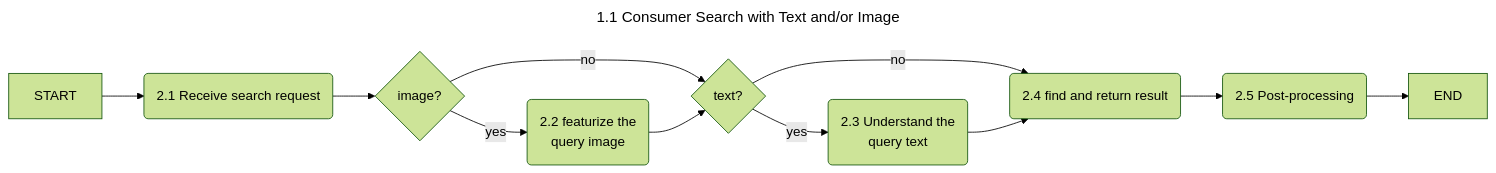
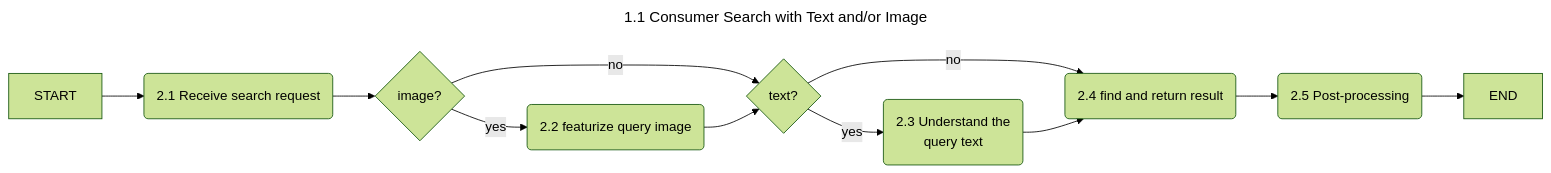
Before and after one commit to zchangvs/diagram: the diagram in 1_1_Multi-Search_text_and_image.md, drawn with Mermaid (forest theme).

````diff
--- a/1_1_Multi-Search_text_and_image.md
+++ b/1_1_Multi-Search_text_and_image.md
@@ -1,21 +1,21 @@
 ```mermaid
 ---
 title: 1.1 Consumer Search with Text and/or Image
 ---
 flowchart LR
     ST[START]--> RSR(2.1 Receive search request)
     RSR --> IQ{image?}
-    IQ--> |yes| FI(2.2 featurize the<br>query image)
+    IQ--> |yes| FI(2.2 featurize query image)
     IQ --> |no| TQ{text?}
     FI --> TQ 
     TQ --> |yes| D1(2.3 Understand the<br>query text)
     TQ --> |no| E1(2.4 find and return result)
     D1 --> E1
 %%    D1 --> E1(search for<br>candidates)
 %%    E1 --> E2(Rerank & filter logic)
     E1 --> F(2.5 Post-processing)
 %%    F --> G(update statistics)
     F --> END[END] 
 
 
 ```
````
